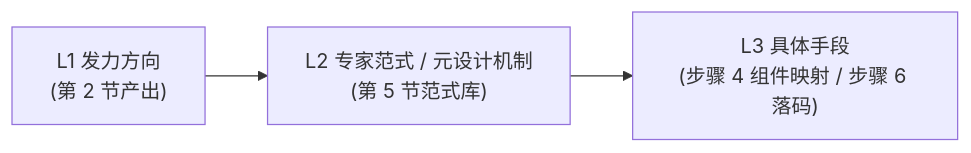
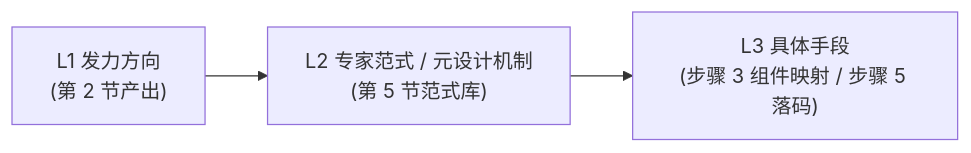
Before and after one commit to wangjue2026/skill-designer-prism: the second of 2 diagrams in 01-system-solution-design/②设计点思考/2.1-设计思考与发力点.md, drawn with Mermaid. The commit also changed other lines of this file and 24 other files, not shown here.

````diff
--- a/01-system-solution-design/②设计点思考/2.1-设计思考与发力点.md
+++ b/01-system-solution-design/②设计点思考/2.1-设计思考与发力点.md
@@ -87,5 +87,5 @@
 ```mermaid
 graph LR
     L1["L1 发力方向<br>(第 2 节产出)"] --> L2["L2 专家范式 / 元设计机制<br>(第 5 节范式库)"]
-    L2 --> L3["L3 具体手段<br>(步骤 4 组件映射 / 步骤 6 落码)"]
+    L2 --> L3["L3 具体手段<br>(步骤 3 组件映射 / 步骤 5 落码)"]
 ```
````
